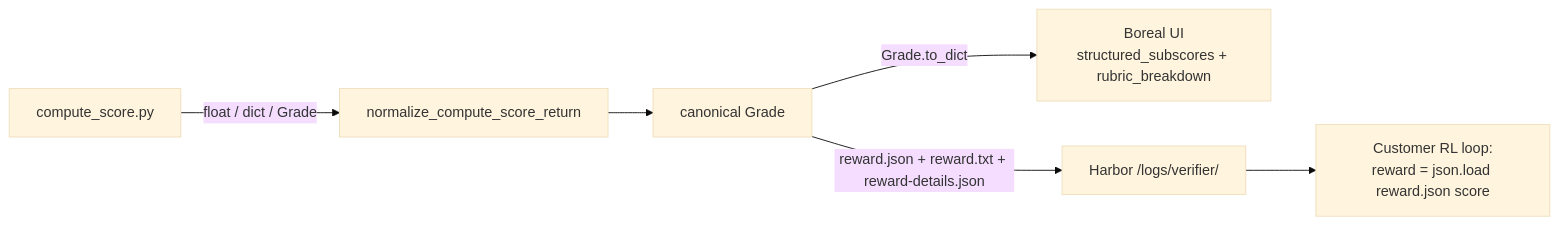
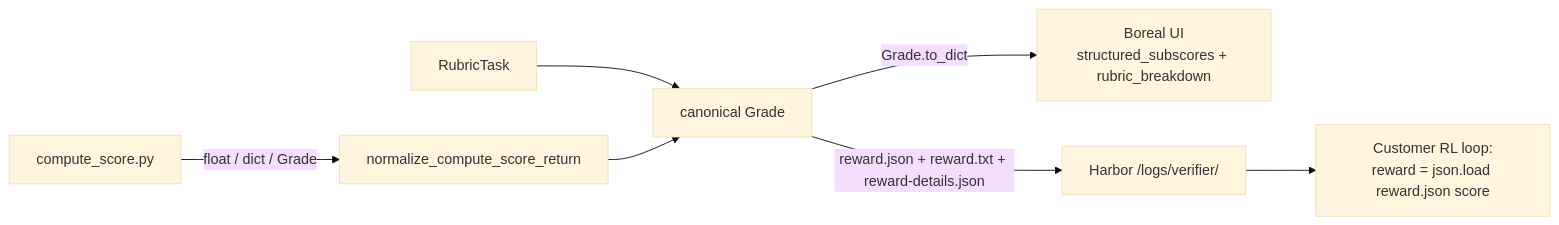
Before and after one commit to emmanuel1358/diffuser-separation-control: the first of 2 diagrams in docs/GRADING.md, drawn with Mermaid (base theme). The commit also changed other lines of this file and 191 other files, not shown here.

````diff
--- a/docs/GRADING.md
+++ b/docs/GRADING.md
@@ -457,8 +478,9 @@
 ```mermaid
 flowchart LR
+  RT[RubricTask] --> G[canonical Grade]
   CS[compute_score.py] -->|float / dict / Grade| N[normalize_compute_score_return]
-  N --> G[canonical Grade]
+  N --> G
   G -->|Grade.to_dict| TUI[Boreal UI<br/>structured_subscores + rubric_breakdown]
   G -->|reward.json + reward.txt + reward-details.json| HUI[Harbor /logs/verifier/]
   HUI --> RL[Customer RL loop:<br/>reward = json.load reward.json score]
 ```
````
